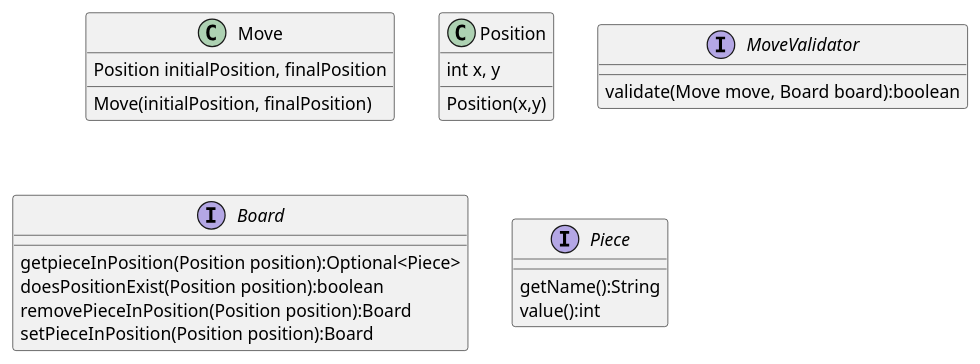
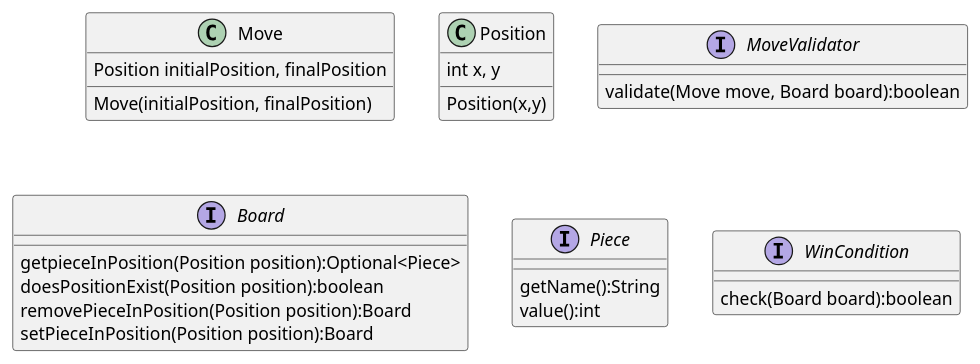
One commit to jalopbauer/chess changed the diagram in chess.puml. Above: the diagram before and after it, drawn with PlantUML.

Commit message:
WinCondition

```diff
--- a/chess.puml
+++ b/chess.puml
@@ -1,25 +1,27 @@
 @startuml Chess
 class Move
 Move : Position initialPosition, finalPosition
 Move : Move(initialPosition, finalPosition)
 
 class Position
 Position : int x, y
 Position : Position(x,y)
 
 interface MoveValidator
 MoveValidator : validate(Move move, Board board):boolean
 
 ' Piece Handler
 interface Board
 Board : getpieceInPosition(Position position):Optional<Piece>
 Board : doesPositionExist(Position position):boolean
 Board : removePieceInPosition(Position position):Board
 Board : setPieceInPosition(Position position):Board
 
 interface Piece
 Piece : getName():String
 Piece : value():int
 
+interface WinCondition
+WinCondition : check(Board board):boolean
 
 @enduml
```
